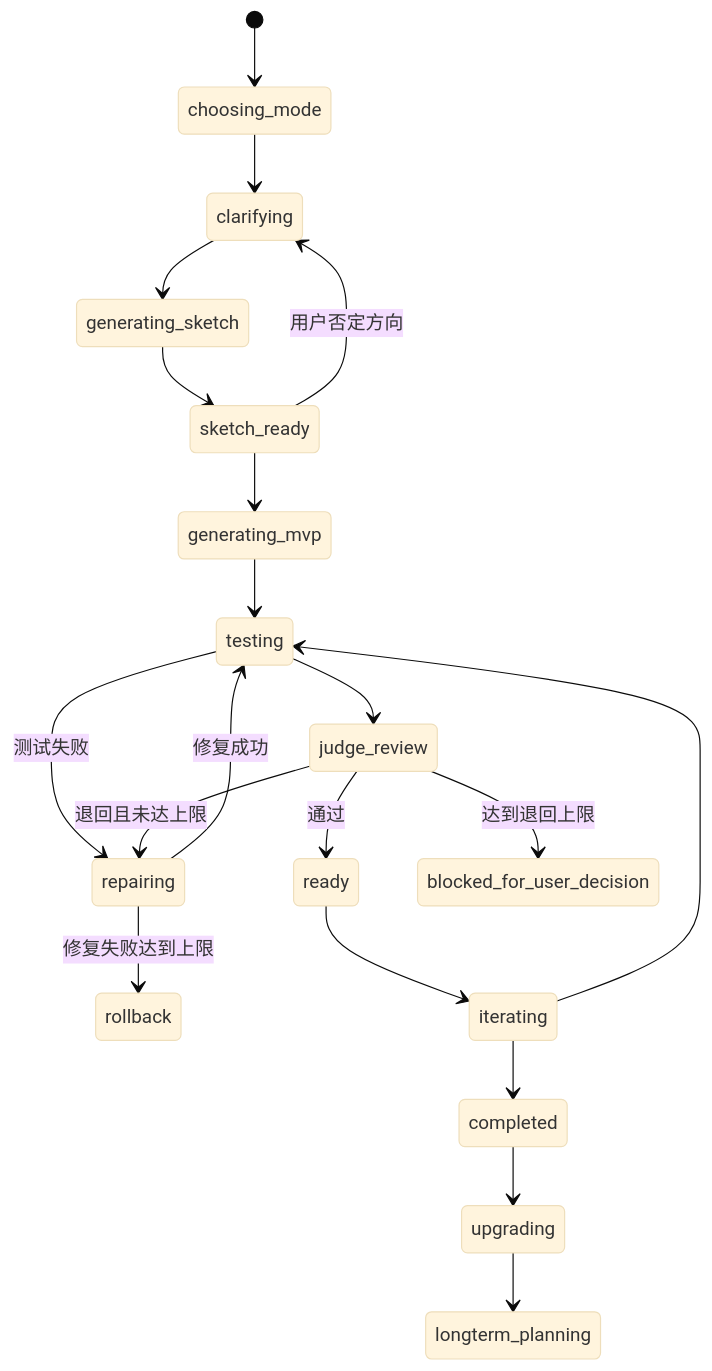
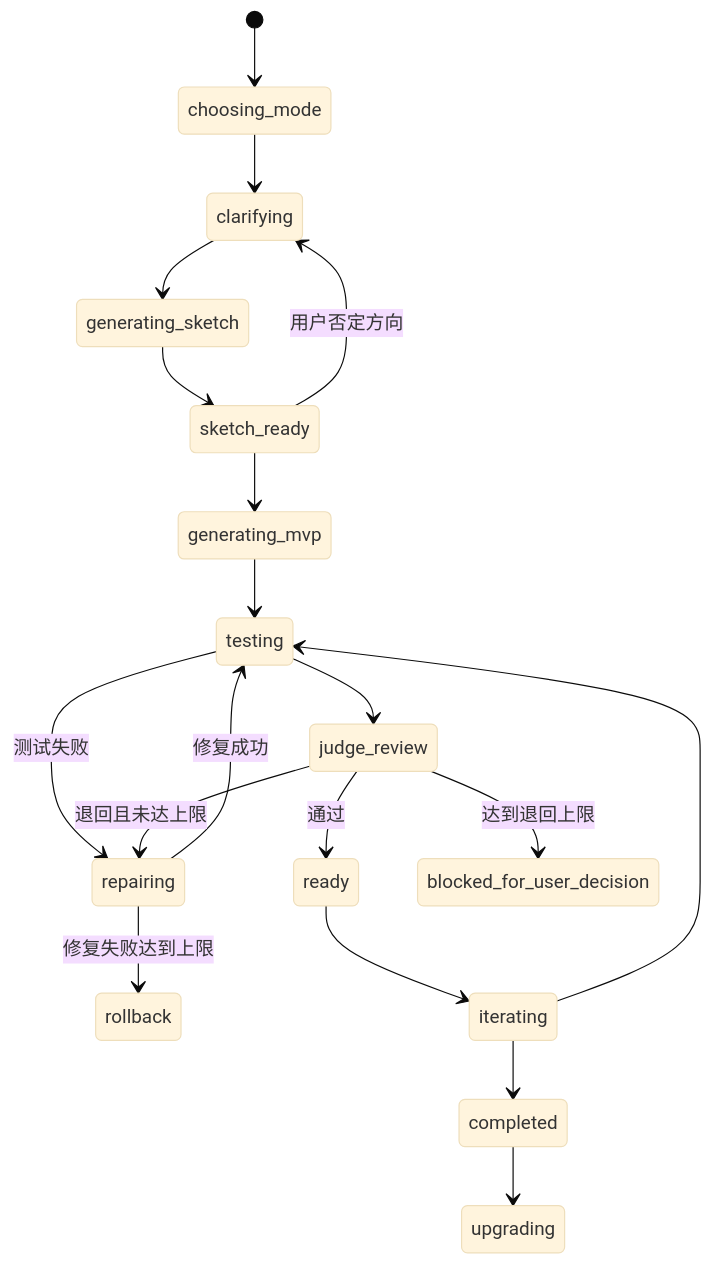
One commit to guide-agent-platform/Bloma changed the second of 2 diagrams in docs/03_ARCHITECTURE/architecture.md. Above: the diagram before and after it, drawn with Mermaid (base theme). The commit also changed 15 other files, not shown here.

````diff
--- a/docs/03_ARCHITECTURE/architecture.md
+++ b/docs/03_ARCHITECTURE/architecture.md
@@ -239,22 +239,21 @@
 ```mermaid
 stateDiagram-v2
     [*] --> choosing_mode
     choosing_mode --> clarifying
     clarifying --> generating_sketch
     generating_sketch --> sketch_ready
     sketch_ready --> generating_mvp
     sketch_ready --> clarifying: 用户否定方向
     generating_mvp --> testing
     testing --> judge_review
     testing --> repairing: 测试失败
     repairing --> testing: 修复成功
     repairing --> rollback: 修复失败达到上限
     judge_review --> ready: 通过
     judge_review --> repairing: 退回且未达上限
     judge_review --> blocked_for_user_decision: 达到退回上限
     ready --> iterating
     iterating --> testing
     iterating --> completed
     completed --> upgrading
-    upgrading --> longterm_planning
 ```
````
